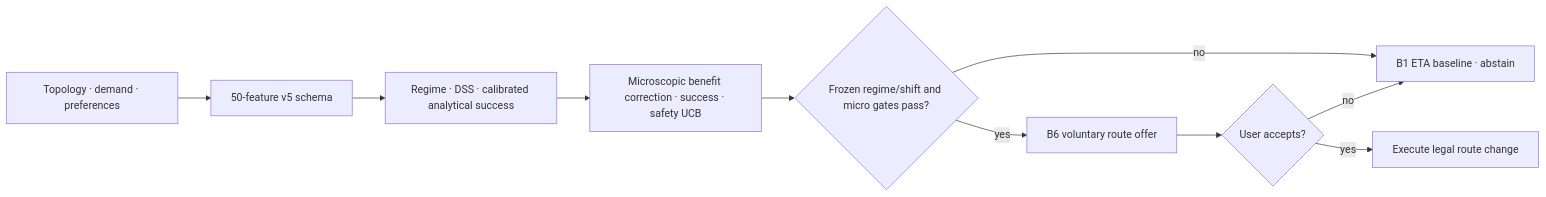
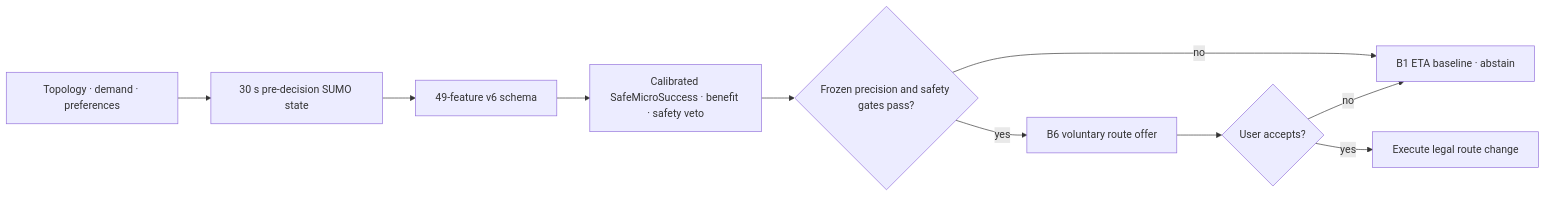
Before and after one commit to Jaemin-K-An/Concordia: the diagram in README.md, drawn with Mermaid. The commit also changed other lines of this file and 28 other files, not shown here.

````diff
--- a/README.md
+++ b/README.md
@@ -79,12 +88,12 @@
 ```mermaid
 flowchart LR
-    A["Topology · demand · preferences"] --> B["50-feature v5 schema"]
-    B --> C["Regime · DSS · calibrated analytical success"]
-    C --> D["Microscopic benefit correction · success · safety UCB"]
-    D --> E{"Frozen regime/shift and micro gates pass?"}
+    A["Topology · demand · preferences"] --> B["30 s pre-decision SUMO state"]
+    B --> C["49-feature v6 schema"]
+    C --> D["Calibrated SafeMicroSuccess · benefit · safety veto"]
+    D --> E{"Frozen precision and safety gates pass?"}
     E -->|"no"| F["B1 ETA baseline · abstain"]
     E -->|"yes"| G["B6 voluntary route offer"]
     G --> H{"User accepts?"}
     H -->|"yes"| I["Execute legal route change"]
     H -->|"no"| F
 ```
````
